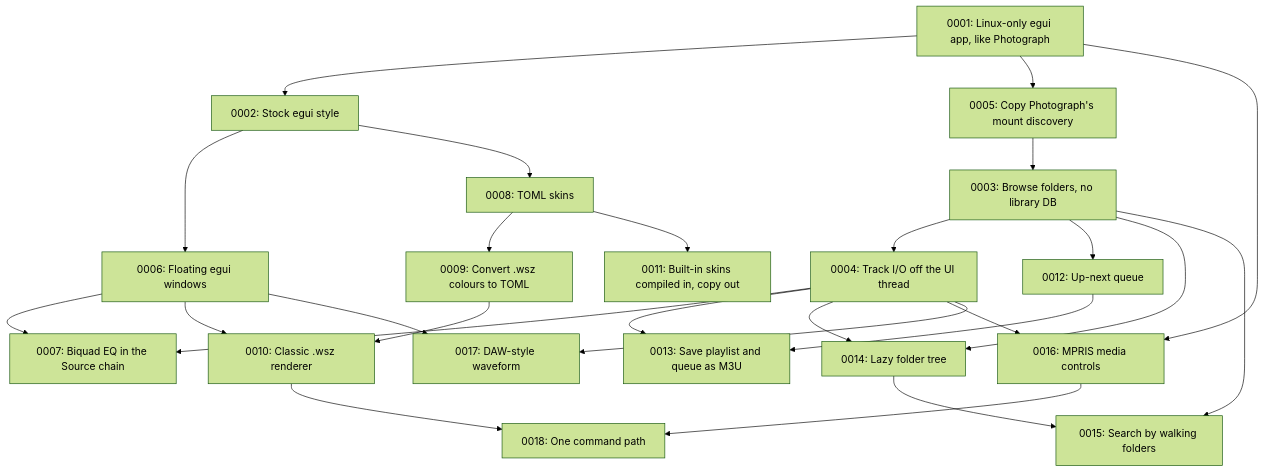
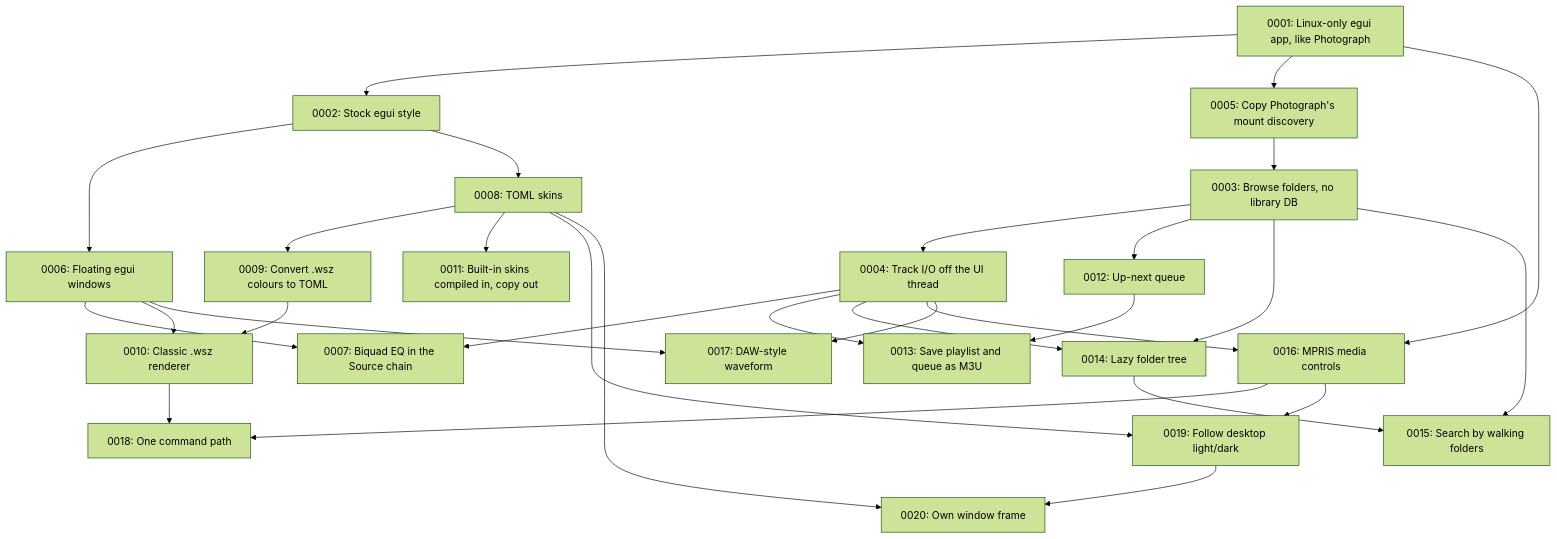
One commit to divanvisagie/UnAmp changed the diagram in docs/adr/README.md. Above: the diagram before and after it, drawn with Mermaid (forest theme). The commit also changed other lines of this file and 9 other files, not shown here.

First line of the commit message:
Follow the desktop's light/dark setting and draw our own window frame

````diff
--- a/docs/adr/README.md
+++ b/docs/adr/README.md
@@ -64,28 +66,32 @@
 ```mermaid
 flowchart TD
     A[0001: Linux-only egui app, like Photograph] --> B[0002: Stock egui style]
     A --> E[0005: Copy Photograph's mount discovery]
     C[0003: Browse folders, no library DB] --> D[0004: Track I/O off the UI thread]
     E --> C
     B --> F[0006: Floating egui windows]
     D --> G[0007: Biquad EQ in the Source chain]
     F --> G
     B --> H[0008: TOML skins]
     H --> I[0009: Convert .wsz colours to TOML]
     I --> J[0010: Classic .wsz renderer]
     F --> J
     H --> K[0011: Built-in skins compiled in, copy out]
     C --> L[0012: Up-next queue]
     L --> M[0013: Save playlist and queue as M3U]
     D --> M
     C --> N[0014: Lazy folder tree]
     D --> N
     C --> O[0015: Search by walking folders]
     N --> O
     A --> P[0016: MPRIS media controls]
     D --> P
     F --> Q[0017: DAW-style waveform]
     D --> Q
     J --> R[0018: One command path]
     P --> R
+    H --> S[0019: Follow desktop light/dark]
+    P --> S
+    S --> T[0020: Own window frame]
+    H --> T
 ```
````
